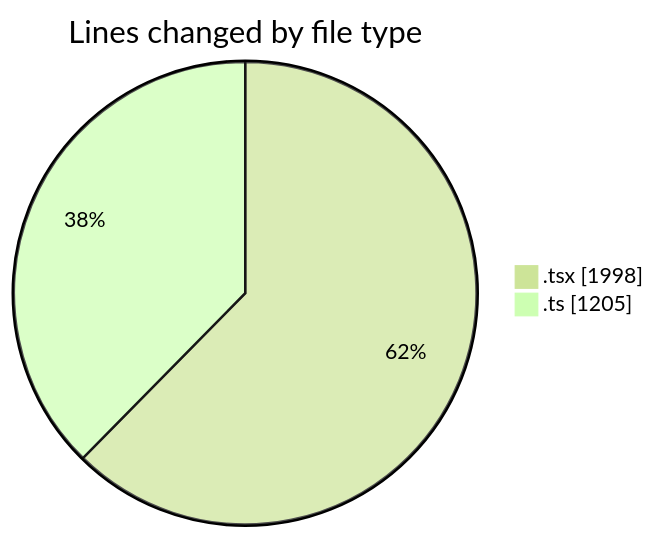
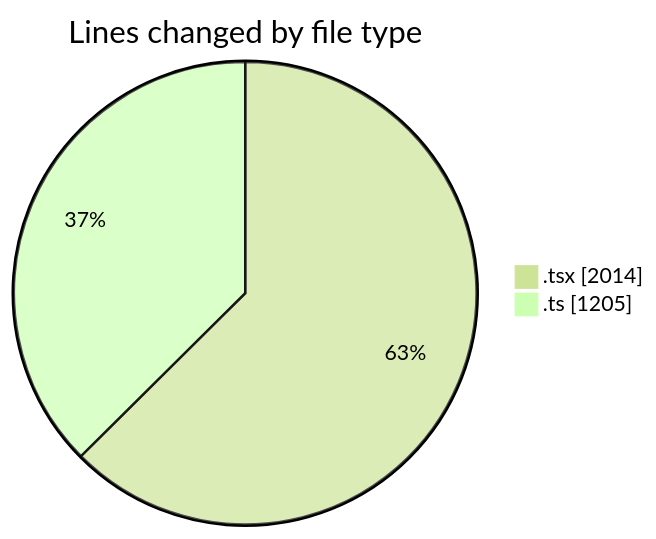
The first of 2 diagrams in 2026-02-18/nxtqube_webapp/README.md (nxtqubesakshisongat/code-tracking), drawn with Mermaid (forest theme) before and after one commit. The commit also changed other lines of this file and 1 other file, not shown here.

````diff
--- a/2026-02-18/nxtqube_webapp/README.md
+++ b/2026-02-18/nxtqube_webapp/README.md
@@ -26,6 +26,6 @@
 ```mermaid
 pie showData
 title Lines changed by file type
-".tsx" : 1998
+".tsx" : 2014
 ".ts" : 1205
 ```
````
